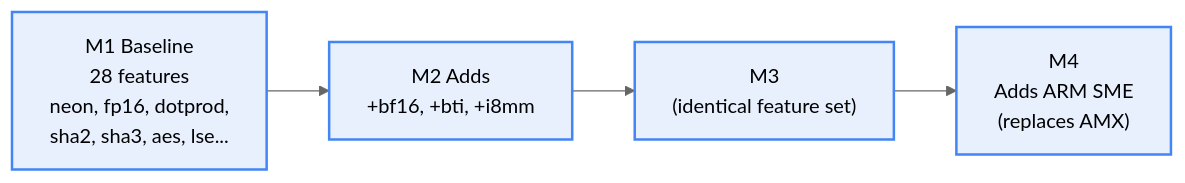
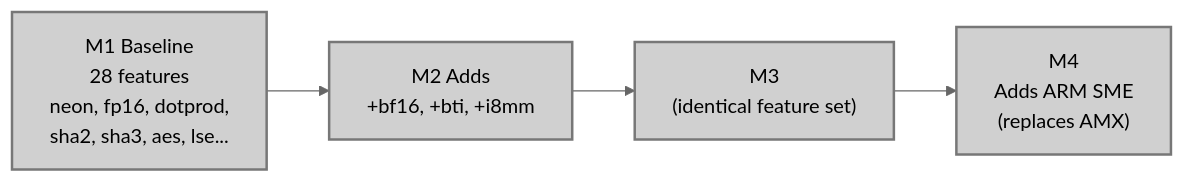
The fourth of 5 diagrams in docs/apple-silicon.md (Fulton-Engineering-Services/bge-m3-embedding-server), drawn with Mermaid (neutral theme) before and after one commit. The commit also changed other lines of this file, not shown here.

Commit message:
docs(apple-silicon): replace diagram colors with grayscale palette

````diff
--- a/docs/apple-silicon.md
+++ b/docs/apple-silicon.md
@@ -260,12 +260,12 @@
 ```mermaid
 graph LR
     M1["M1 Baseline<br/>28 features<br/>neon, fp16, dotprod,<br/>sha2, sha3, aes, lse..."]
     M2["M2 Adds<br/>+bf16, +bti, +i8mm"]
     M3["M3<br/>(identical feature set)"]
     M4["M4<br/>Adds ARM SME<br/>(replaces AMX)"]
 
     M1 --> M2 --> M3 --> M4
 
-    classDef chip fill:#e8f0fe,stroke:#4285f4,stroke-width:2px
+    classDef chip fill:#d0d0d0,stroke:#777,stroke-width:2px
     class M1,M2,M3,M4 chip
 ```
````
